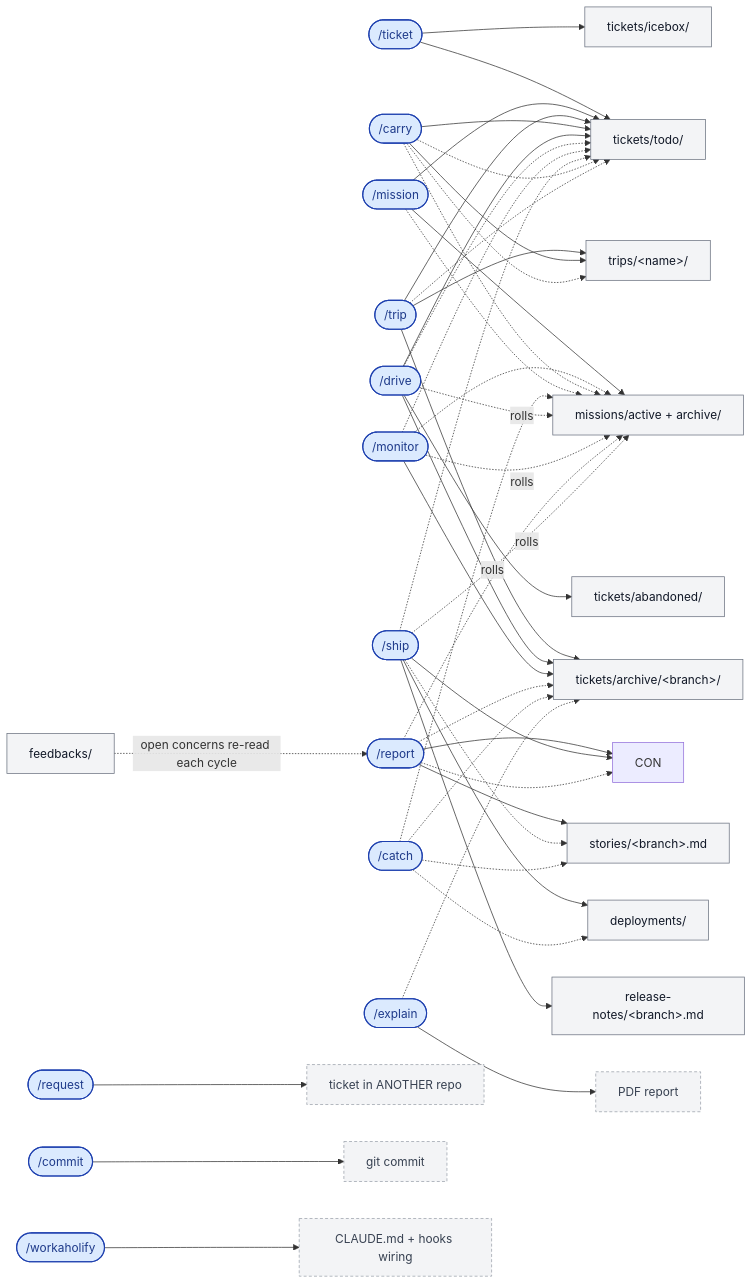
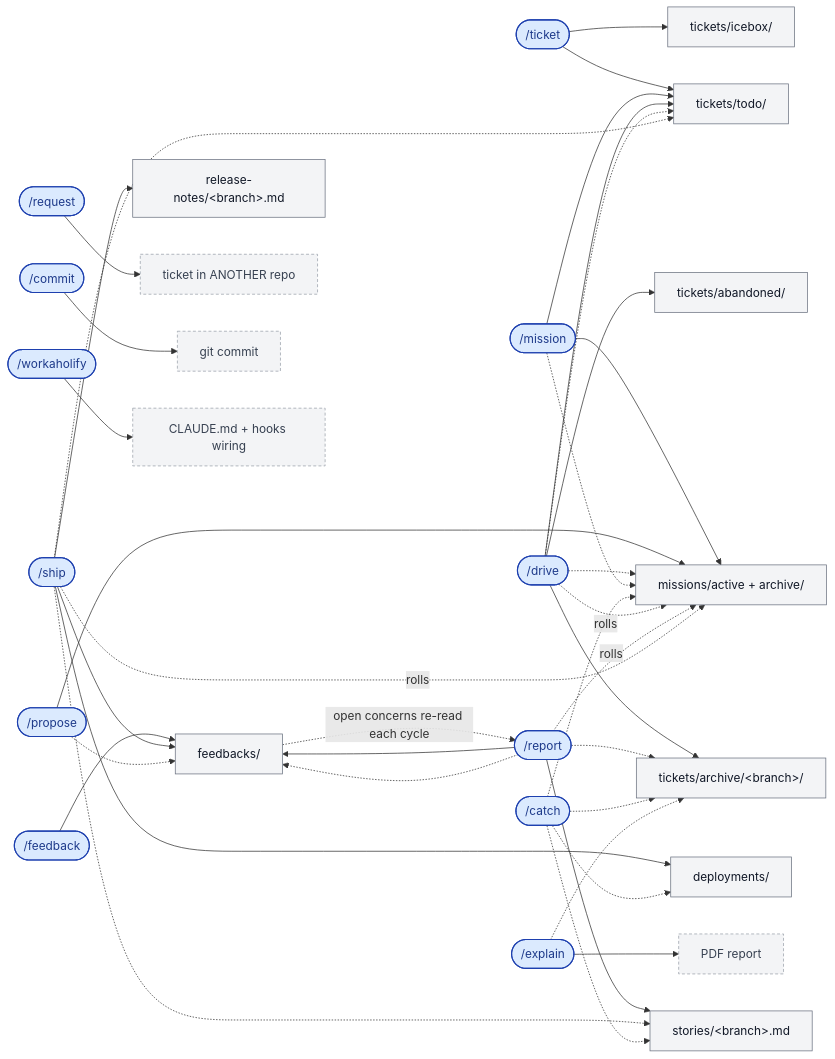
One commit to qmu/workaholic changed the fourth of 5 diagrams in README.md. Above: the diagram before and after it, drawn with Mermaid. The commit also changed other lines of this file and 105 other files, not shown here.

````diff
--- a/README.md
+++ b/README.md
@@ -297,9 +296,8 @@
   ticket(["/ticket"])
   request(["/request"])
   mission(["/mission"])
-  monitor(["/monitor"])
-  trip(["/trip"])
-  carry(["/carry"])
+  propose(["/propose"])
+  feedback(["/feedback"])
   drive(["/drive"])
   report(["/report"])
   ship(["/ship"])
@@ -314,7 +312,6 @@
   ARCH["tickets/archive/&lt;branch&gt;/"]
   ABD["tickets/abandoned/"]
   MIS["missions/active + archive/"]
-  TRIPA["trips/&lt;name&gt;/"]
   STORY["stories/&lt;branch&gt;.md"]
   FBK["feedbacks/"]
   REL["release-notes/&lt;branch&gt;.md"]
@@ -332,19 +329,15 @@
   request --> EXT
   mission --> MIS
   mission --> TODO
-  trip --> TRIPA
-  trip --> TODO
-  trip --> ARCH
-  carry --> TODO
-  carry --> TRIPA
+  propose --> MIS
+  feedback --> FBK
   drive --> ARCH
   drive --> ABD
   drive --> TODO
-  monitor --> ARCH
   report --> STORY
-  report --> CON
+  report --> FBK
   ship --> REL
-  ship --> CON
+  ship --> FBK
   ship --> DEP
   commit --> WT
   explain --> PDF
@@ -352,17 +345,13 @@
 
   %% ========== reference: dashed arrow = reads / refers ==========
   drive -.-> TODO
-  monitor -.-> MIS
-  monitor -.-> TODO
+  drive -.-> MIS
+  propose -.-> FBK
   report -.-> ARCH
-  report -.-> CON
+  report -.-> FBK
   ship -.-> STORY
   ship -.-> TODO
-  carry -.-> TODO
-  carry -.-> MIS
-  carry -.-> TRIPA
   mission -.-> MIS
-  trip -.-> TODO
   catch -.-> ARCH
   catch -.-> STORY
   catch -.-> MIS
@@ -371,7 +360,6 @@
 
   %% ========== mission rolls: dashed, labelled ==========
   drive -. rolls .-> MIS
-  monitor -. rolls .-> MIS
   report -. rolls .-> MIS
   ship -. rolls .-> MIS
 
@@ -382,7 +370,7 @@
   classDef cmd fill:#dbeafe,stroke:#1e40af,stroke-width:1.5px,color:#1e3a8a;
   classDef art fill:#f3f4f6,stroke:#6b7280,color:#111827;
   classDef ext fill:#f3f4f6,stroke:#9aa0aa,stroke-dasharray:4 3,color:#374151;
-  class ticket,request,mission,monitor,trip,carry,drive,report,ship,catch,commit,explain,workaholify cmd;
-  class TODO,ICE,ARCH,ABD,MIS,TRIPA,STORY,FBK,REL,DEP art;
+  class ticket,request,mission,propose,feedback,drive,report,ship,catch,commit,explain,workaholify cmd;
+  class TODO,ICE,ARCH,ABD,MIS,STORY,FBK,REL,DEP art;
   class EXT,PDF,WT,CFG ext;
 ```
````
